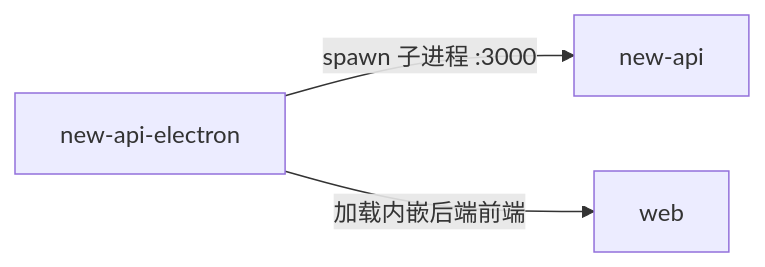
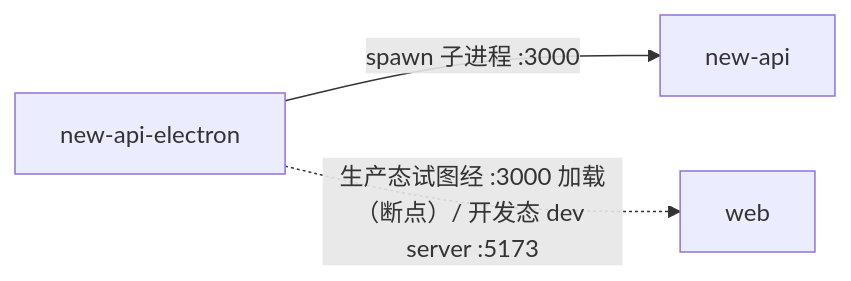
One commit to ChaosXu/new-api changed the diagram in specs/03-ARCH/L2/new-api-electron/relation/outbound-internal.md. Above: the diagram before and after it, drawn with Mermaid. The commit also changed other lines of this file and 52 other files, not shown here.

````diff
--- a/specs/03-ARCH/L2/new-api-electron/relation/outbound-internal.md
+++ b/specs/03-ARCH/L2/new-api-electron/relation/outbound-internal.md
@@ -3,9 +3,9 @@
 ```mermaid
 graph LR
   Me[new-api-electron]
   Api[new-api]
   Web[web]
 
   Me -- "spawn 子进程 :3000" --> Api
-  Me -- "加载内嵌后端前端" --> Web
+  Me -. "生产态试图经 :3000 加载（断点）/ 开发态 dev server :5173" .-> Web
 ```
````
